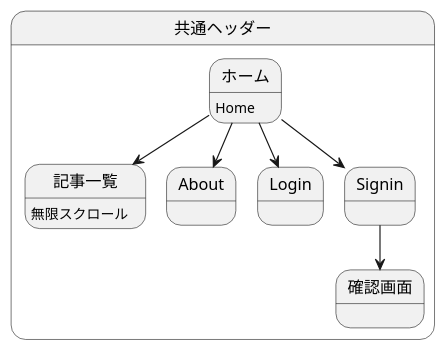
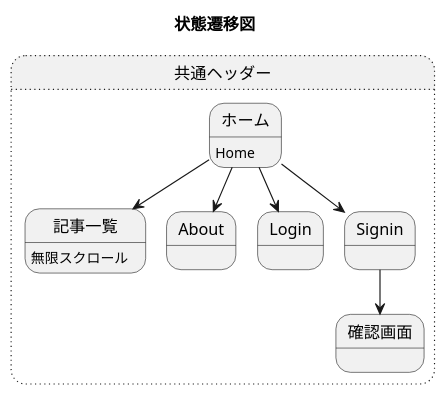
One commit to footballer2021/blogERChartTest changed the diagram in transition_diagram.pu. Above: the diagram before and after it, drawn with PlantUML.

Commit message:
shared header

```diff
--- a/transition_diagram.pu
+++ b/transition_diagram.pu
@@ -1,17 +1,15 @@
 @startuml 状態遷移図
+title 状態遷移図
 
-state 共通ヘッダー {
+state 共通ヘッダー ##[dotted]{
     ホーム : Home
     ホーム --> 記事一覧
     記事一覧 : 無限スクロール
     ホーム --> About 
     ホーム --> Login  
     ホーム --> Signin 
 
     Signin --> 確認画面
 }
 
-
-
-
 @enduml
```
